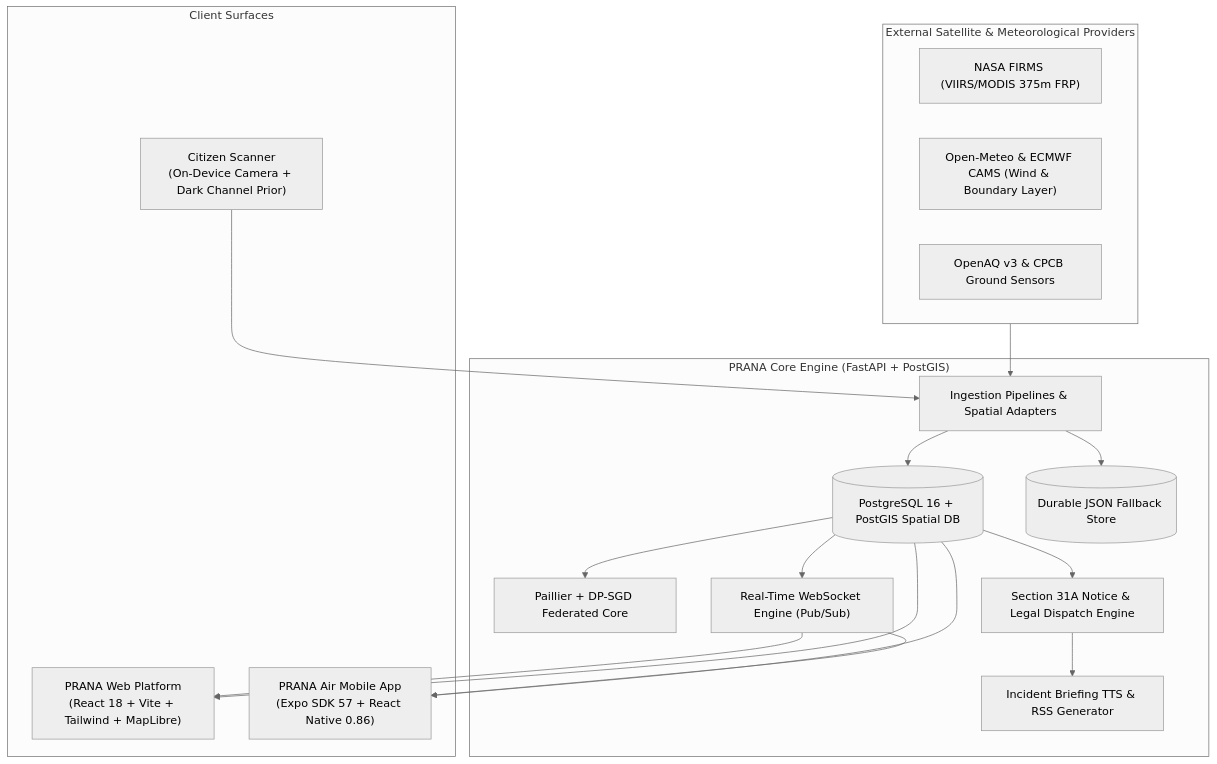
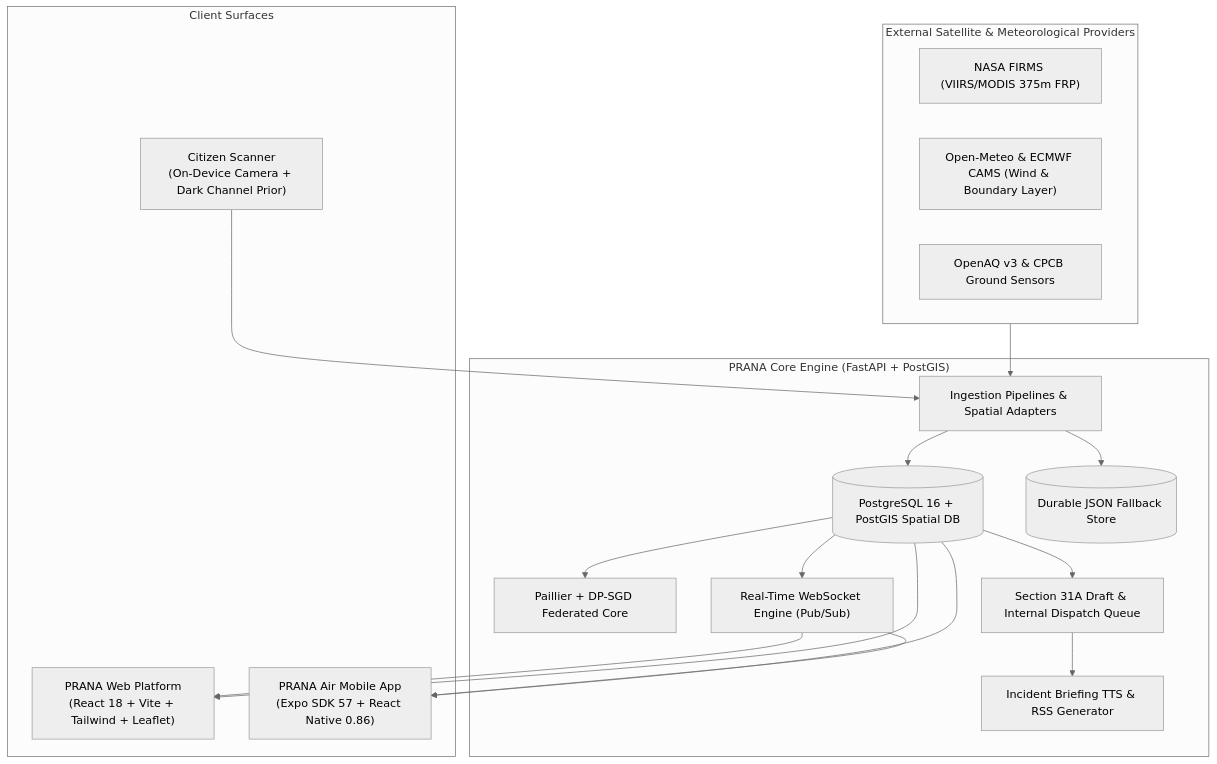
One commit to calmcode47/Prana.ai changed the diagram in README.md. Above: the diagram before and after it, drawn with Mermaid (neutral theme). The commit also changed other lines of this file and 60 other files, not shown here.

````diff
--- a/README.md
+++ b/README.md
@@ -62,37 +63,37 @@
 ```mermaid
 flowchart TD
     subgraph SATELLITE_AND_WEATHER ["External Satellite & Meteorological Providers"]
         NASA["NASA FIRMS (VIIRS/MODIS 375m FRP)"]
         METEO["Open-Meteo & ECMWF CAMS (Wind & Boundary Layer)"]
         OPENAQ["OpenAQ v3 & CPCB Ground Sensors"]
     end
 
     subgraph BACKEND_ENGINE ["PRANA Core Engine (FastAPI + PostGIS)"]
         INGEST["Ingestion Pipelines & Spatial Adapters"]
         STORE[("PostgreSQL 16 + PostGIS Spatial DB")]
         LOCAL_STORE[("Durable JSON Fallback Store")]
         FED_CORE["Paillier + DP-SGD Federated Core"]
         WS_HUB["Real-Time WebSocket Engine (Pub/Sub)"]
         TTS_GEN["Incident Briefing TTS & RSS Generator"]
-        LEGAL_SVC["Section 31A Notice & Legal Dispatch Engine"]
+        LEGAL_SVC["Section 31A Draft & Internal Dispatch Queue"]
     end
 
     subgraph CLIENT_APPLICATIONS ["Client Surfaces"]
-        WEB["PRANA Web Platform\n(React 18 + Vite + Tailwind + MapLibre)"]
+        WEB["PRANA Web Platform\n(React 18 + Vite + Tailwind + Leaflet)"]
         MOBILE["PRANA Air Mobile App\n(Expo SDK 57 + React Native 0.86)"]
         CITIZEN["Citizen Scanner\n(On-Device Camera + Dark Channel Prior)"]
     end
 
     SATELLITE_AND_WEATHER --> INGEST
     INGEST --> STORE
     INGEST --> LOCAL_STORE
     STORE --> FED_CORE
     STORE --> WS_HUB
     STORE --> LEGAL_SVC
     LEGAL_SVC --> TTS_GEN
     WS_HUB --> WEB
     WS_HUB --> MOBILE
     STORE --> WEB
     STORE --> MOBILE
     CITIZEN --> INGEST
 ```
````
